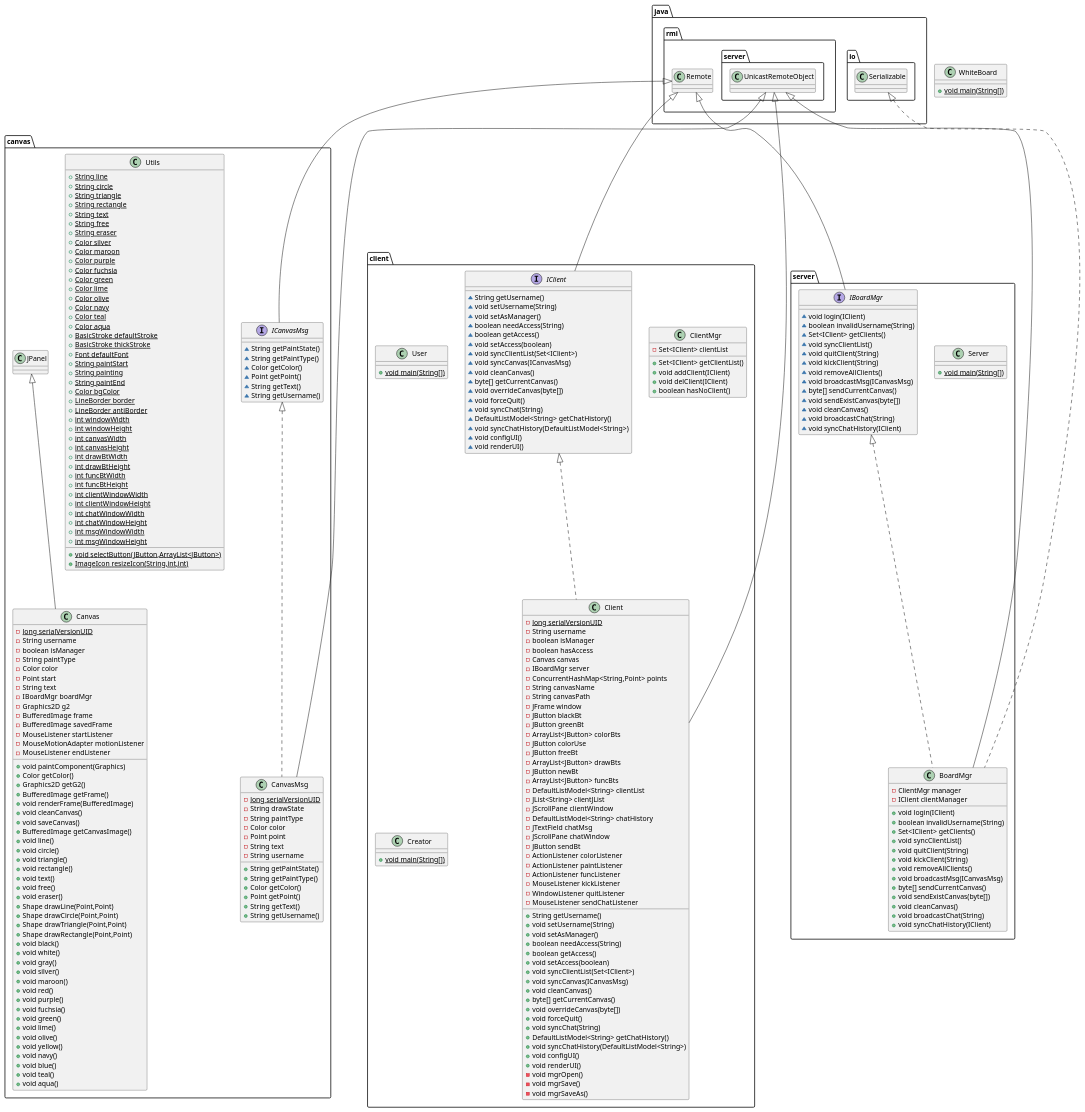
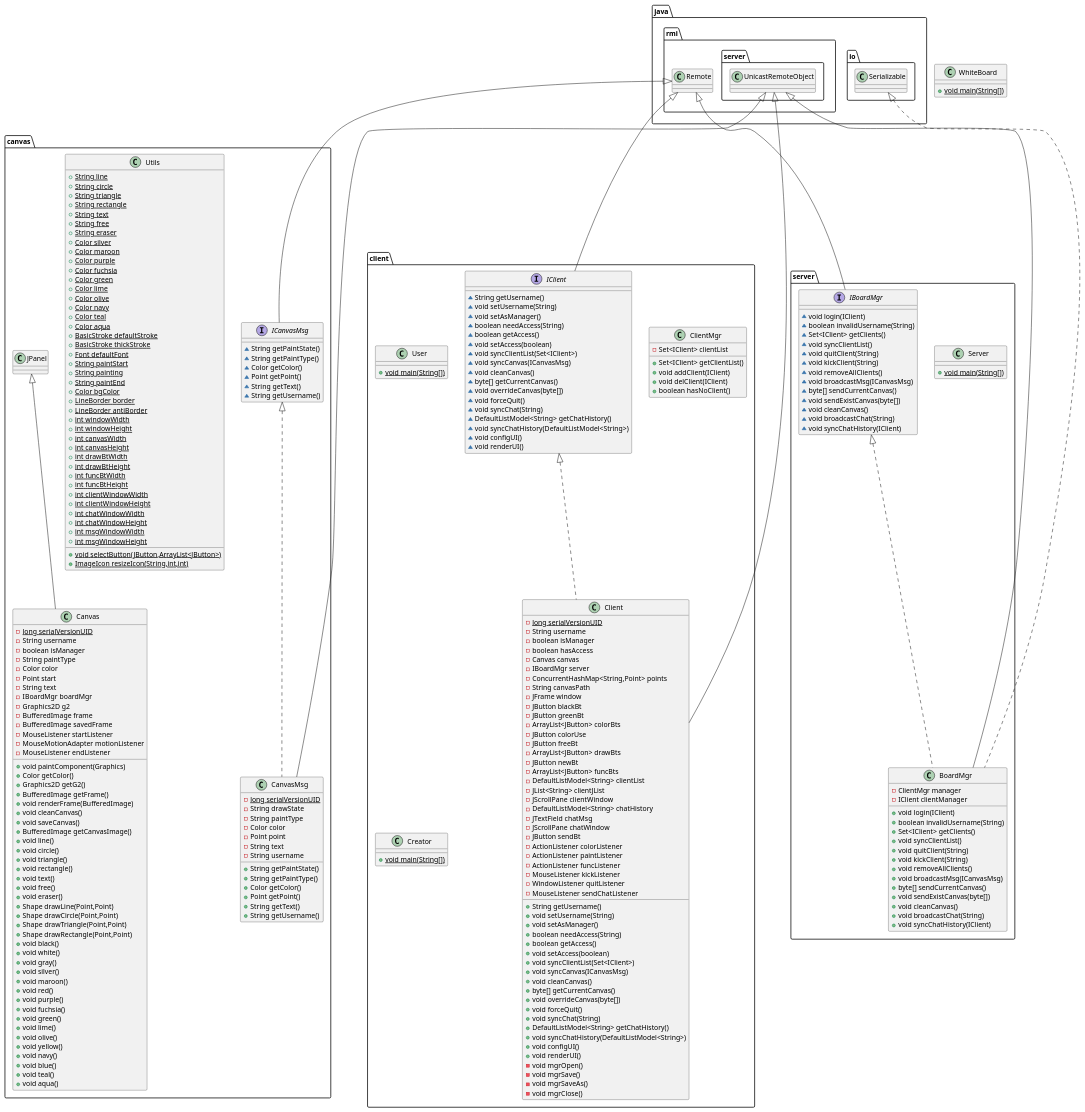
One commit to LOOP115/Shared_White_Board changed the diagram in resources/UML.puml. Above: the diagram before and after it, drawn with PlantUML. The commit also changed 10 other files, not shown here.

```diff
--- a/resources/UML.puml
+++ b/resources/UML.puml
@@ -18,7 +18,6 @@
 - Canvas canvas
 - IBoardMgr server
 - ConcurrentHashMap<String,Point> points
-- String canvasName
 - String canvasPath
 - JFrame window
 - JButton blackBt
@@ -62,6 +61,7 @@
 - void mgrOpen()
 - void mgrSave()
 - void mgrSaveAs()
+- void mgrClose()
 }
 class server.Server {
 + {static} void main(String[])
```
